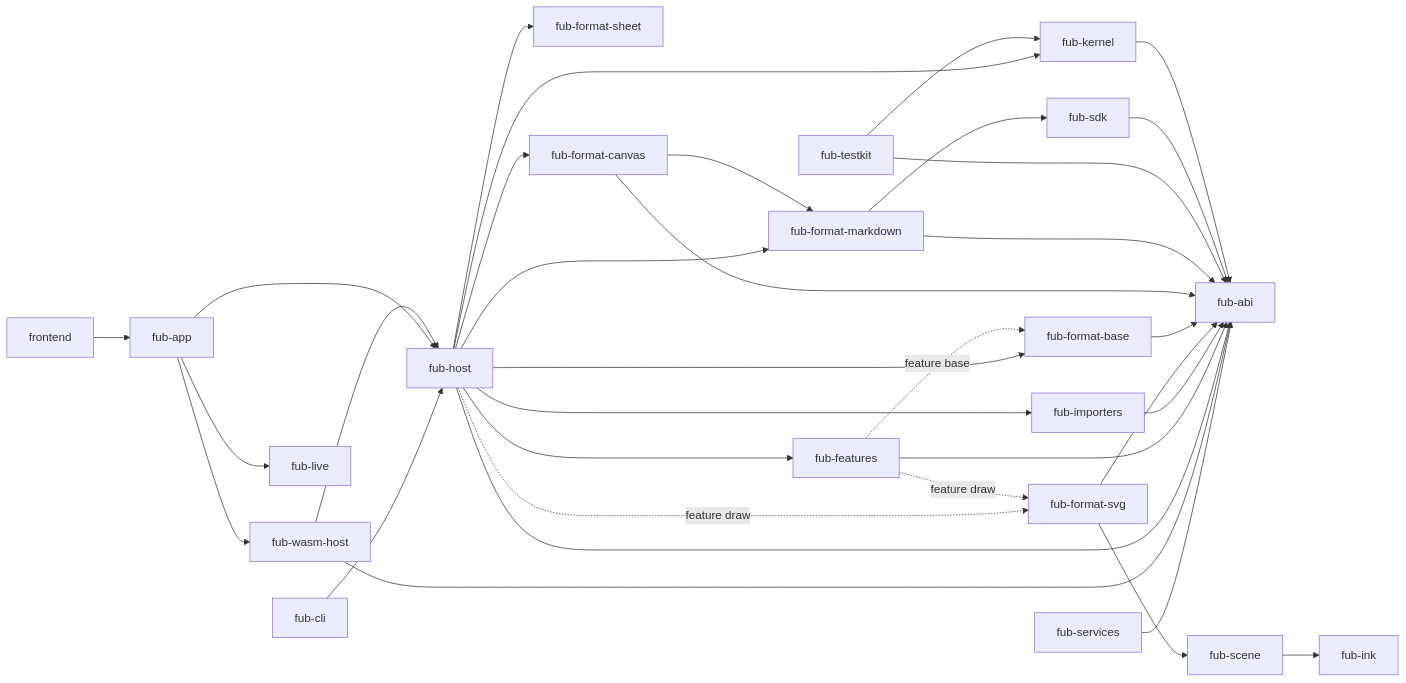
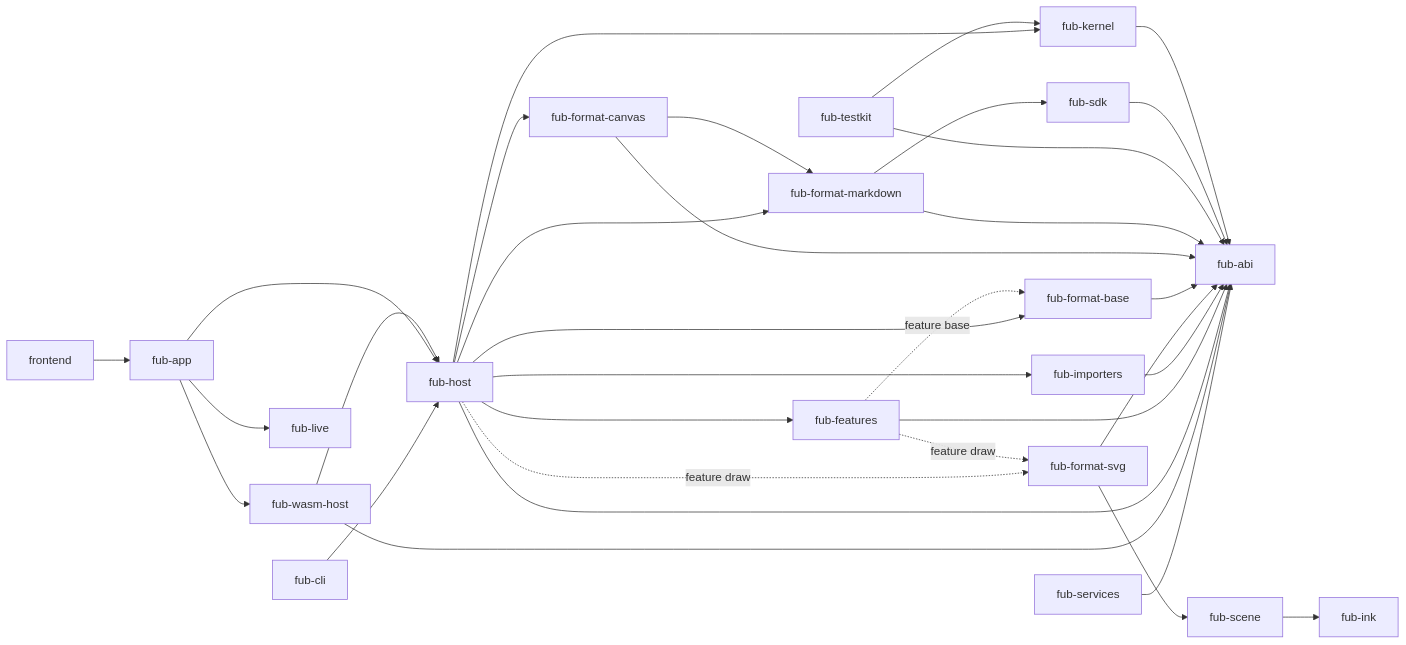
One commit to Fubeo/Fub changed the first of 3 diagrams in docs/architecture/components-and-boundaries.md. Above: the diagram before and after it, drawn with Mermaid. The commit also changed other lines of this file and 73 other files, not shown here.

````diff
--- a/docs/architecture/components-and-boundaries.md
+++ b/docs/architecture/components-and-boundaries.md
@@ -9,39 +9,37 @@
 ```mermaid
 flowchart LR
     ABI["fub-abi"]
     KERNEL["fub-kernel"] --> ABI
     SDK["fub-sdk"] --> ABI
     TESTKIT["fub-testkit"] --> KERNEL
     TESTKIT --> ABI
     MARKDOWN["fub-format-markdown"] --> ABI
     MARKDOWN --> SDK
-    SHEET["fub-format-sheet"]
     CANVAS["fub-format-canvas"] --> ABI
     CANVAS --> MARKDOWN
     BASE["fub-format-base"] --> ABI
     INK["fub-ink"]
     SCENE["fub-scene"] --> INK
     SVG["fub-format-svg"] --> ABI
     SVG --> SCENE
     IMPORTERS["fub-importers"] --> ABI
     FEATURES["fub-features"] --> ABI
     FEATURES -. "feature base" .-> BASE
     FEATURES -. "feature draw" .-> SVG
     HOST["fub-host"] --> KERNEL
     HOST --> ABI
     HOST --> FEATURES
     HOST --> MARKDOWN
-    HOST --> SHEET
     HOST --> CANVAS
     HOST --> BASE
     HOST -. "feature draw" .-> SVG
     HOST --> IMPORTERS
     WASM["fub-wasm-host"] --> ABI
     WASM --> HOST
     APP["fub-app"] --> HOST
     APP --> WASM
     APP --> LIVE["fub-live"]
     CLI["fub-cli"] --> HOST
     SERVICES["fub-services"] --> ABI
     FRONTEND["frontend"] --> APP
 ```
````
